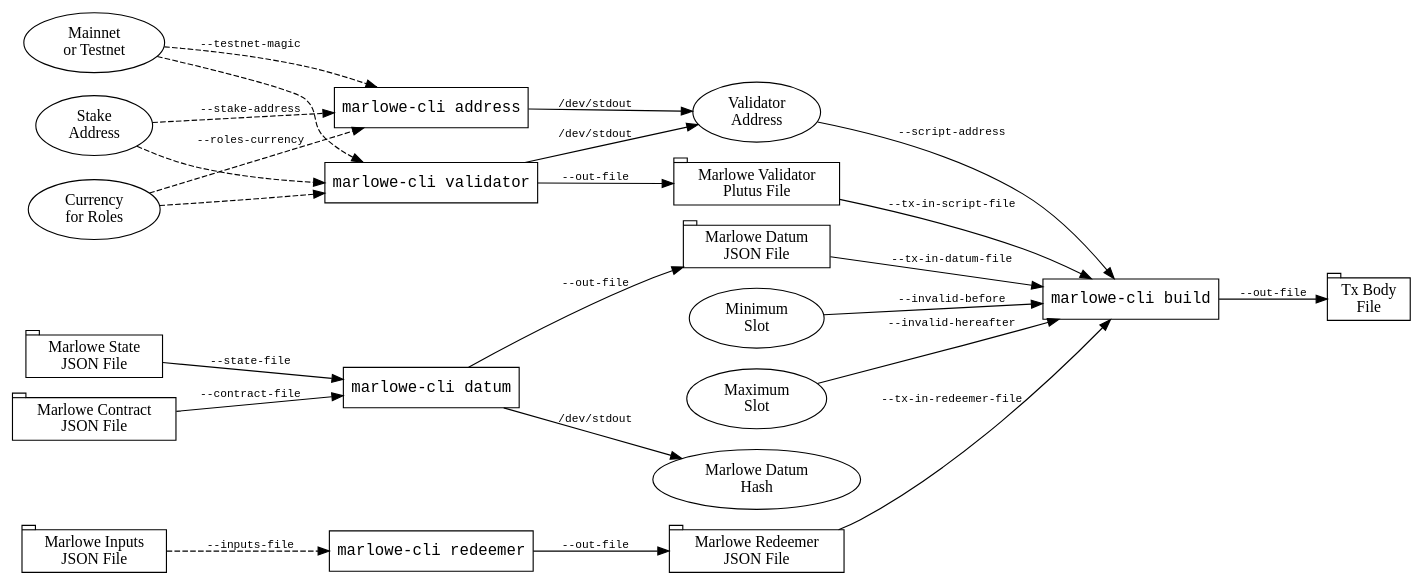
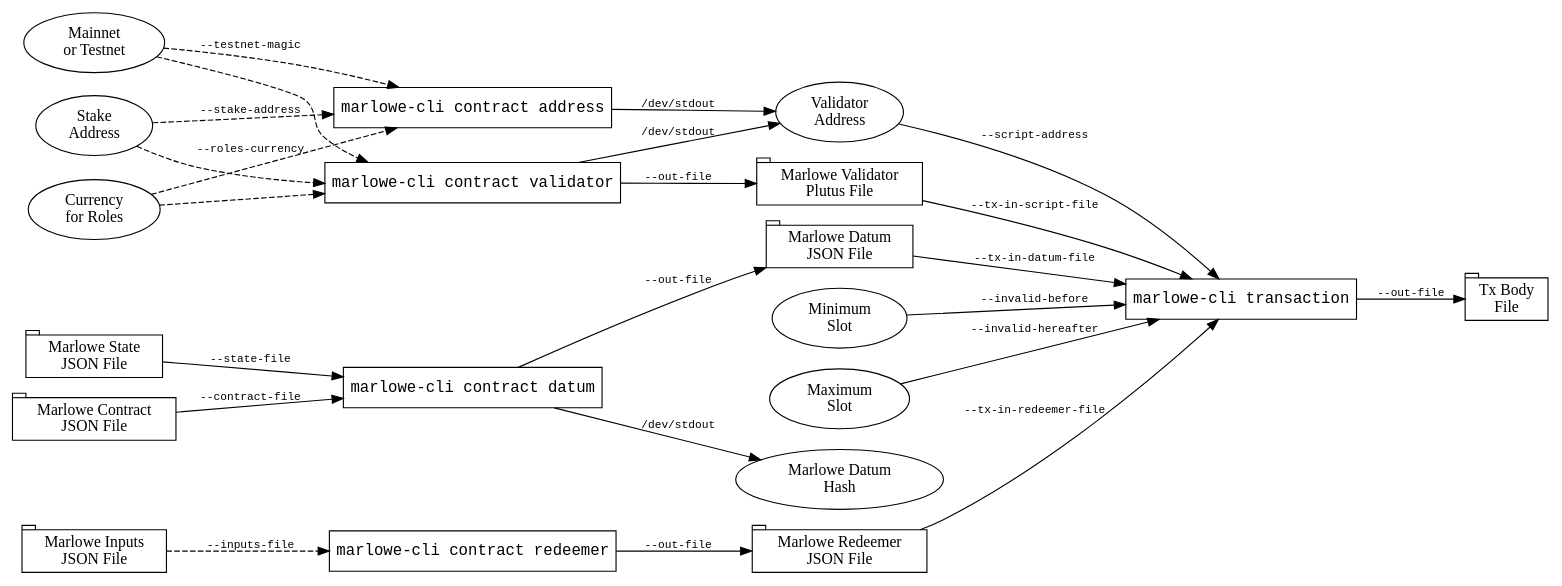
One commit to input-output-hk/marlowe-cardano changed the diagram in marlowe-cli/doc/diagrams/workflow.dot. Above: the diagram before and after it, drawn with Graphviz. The commit also changed 21 other files, not shown here.

```diff
--- a/marlowe-cli/doc/diagrams/workflow.dot
+++ b/marlowe-cli/doc/diagrams/workflow.dot
@@ -1,83 +1,83 @@
 digraph {
 
 rankdir=LR
 
 
 Network       [label="Mainnet\nor Testnet"]
 StakeAddress  [label="Stake\nAddress"     ]
 RolesCurrency [label="Currency\nfor Roles"]
 
 
-AddressCommand [label="marlowe-cli address", shape=box, fontname=monospace]
+AddressCommand [label="marlowe-cli contract address", shape=box, fontname=monospace]
 
 
 Network       -> AddressCommand [label="--testnet-magic" , fontname=monospace, fontsize=10, style=dashed]
 StakeAddress  -> AddressCommand [label="--stake-address" , fontname=monospace, fontsize=10, style=dashed]
 RolesCurrency -> AddressCommand [label="--roles-currency", fontname=monospace, fontsize=10, style=dashed]
 
 
 ValidatorAddress [label="Validator\nAddress"]
 
 AddressCommand -> ValidatorAddress [label="/dev/stdout", fontname=monospace, fontsize=10]
 
 
-ValidatorCommand [label="marlowe-cli validator", shape=box, fontname=monospace]
+ValidatorCommand [label="marlowe-cli contract validator", shape=box, fontname=monospace]
 
 Network       -> ValidatorCommand [style=dashed]
 StakeAddress  -> ValidatorCommand [style=dashed]
 RolesCurrency -> ValidatorCommand [style=dashed]
 
 
 ValidatorFile [label="Marlowe Validator\nPlutus File", shape=tab]
 
 ValidatorCommand -> ValidatorAddress [label="/dev/stdout", fontname=monospace, fontsize=10]
 ValidatorCommand -> ValidatorFile    [label="--out-file" , fontname=monospace, fontsize=10]
 
 
 ContractFile [label="Marlowe Contract\nJSON File", shape=tab]
 StateFile    [label="Marlowe State\nJSON File"   , shape=tab]
 
 
-DatumCommand [label="marlowe-cli datum", shape=box, fontname=monospace]
+DatumCommand [label="marlowe-cli contract datum", shape=box, fontname=monospace]
 
 ContractFile -> DatumCommand [label="--contract-file", fontname=monospace, fontsize=10]
 StateFile    -> DatumCommand [label="--state-file"   , fontname=monospace, fontsize=10]
 
 
 DatumFile [label="Marlowe Datum\nJSON File", shape=tab]
 DatumHash [label="Marlowe Datum\nHash"                ]
 
 DatumCommand -> DatumFile [label="--out-file" , fontname=monospace, fontsize=10]
 DatumCommand -> DatumHash [label="/dev/stdout", fontname=monospace, fontsize=10]
 
 
 InputsFile [label="Marlowe Inputs\nJSON File", shape=tab]
 MinSlot    [label="Minimum\nSlot"]
 MaxSlot    [label="Maximum\nSlot"]
 
 
-RedeemerCommand [label="marlowe-cli redeemer", shape=box, fontname=monospace]
+RedeemerCommand [label="marlowe-cli contract redeemer", shape=box, fontname=monospace]
 
 InputsFile -> RedeemerCommand [label="--inputs-file"      , fontname=monospace, fontsize=10, style=dashed]
 
 
 RedeemerFile [label="Marlowe Redeemer\nJSON File", shape=tab]
 
 RedeemerCommand -> RedeemerFile [label="--out-file", fontname=monospace, fontsize=10]
 
 
-CardanoCLI [label="marlowe-cli build", shape=box, fontname=monospace]
+CardanoCLI [label="marlowe-cli transaction", shape=box, fontname=monospace]
 
 ValidatorAddress -> CardanoCLI [label="--script-address"     , fontname=monospace, fontsize=10]
 ValidatorFile    -> CardanoCLI [label="--tx-in-script-file"  , fontname=monospace, fontsize=10]
 DatumFile        -> CardanoCLI [label="--tx-in-datum-file"   , fontname=monospace, fontsize=10]
 RedeemerFile     -> CardanoCLI [label="--tx-in-redeemer-file", fontname=monospace, fontsize=10]
 MinSlot          -> CardanoCLI [label="--invalid-before"     , fontname=monospace, fontsize=10]
 MaxSlot          -> CardanoCLI [label="--invalid-hereafter"  , fontname=monospace, fontsize=10]
 
 
 TxBodyFile [label="Tx Body\nFile", shape=tab]
 
 CardanoCLI -> TxBodyFile [label="--out-file", fontname=monospace, fontsize=10]
 
 }
```
